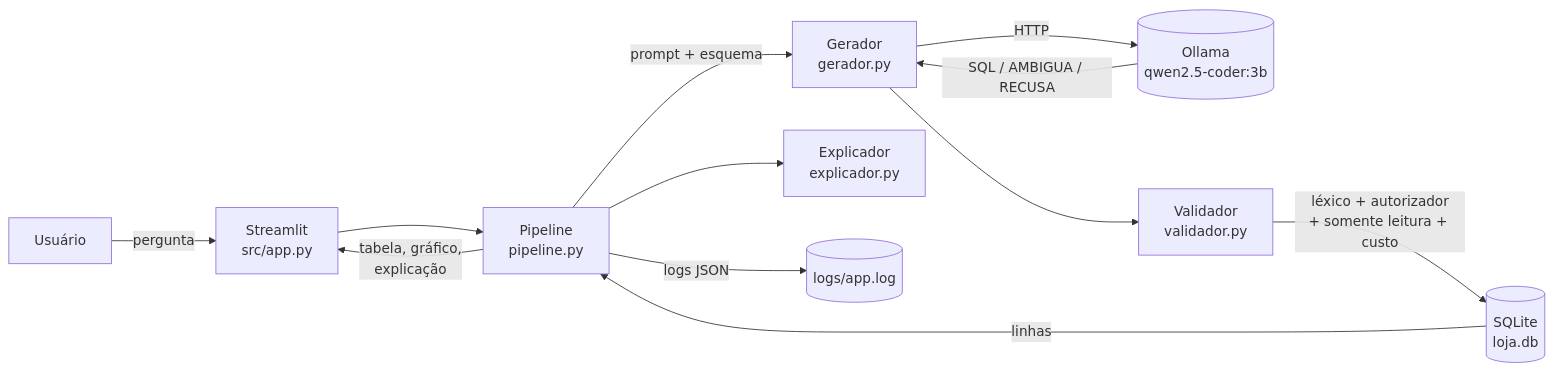
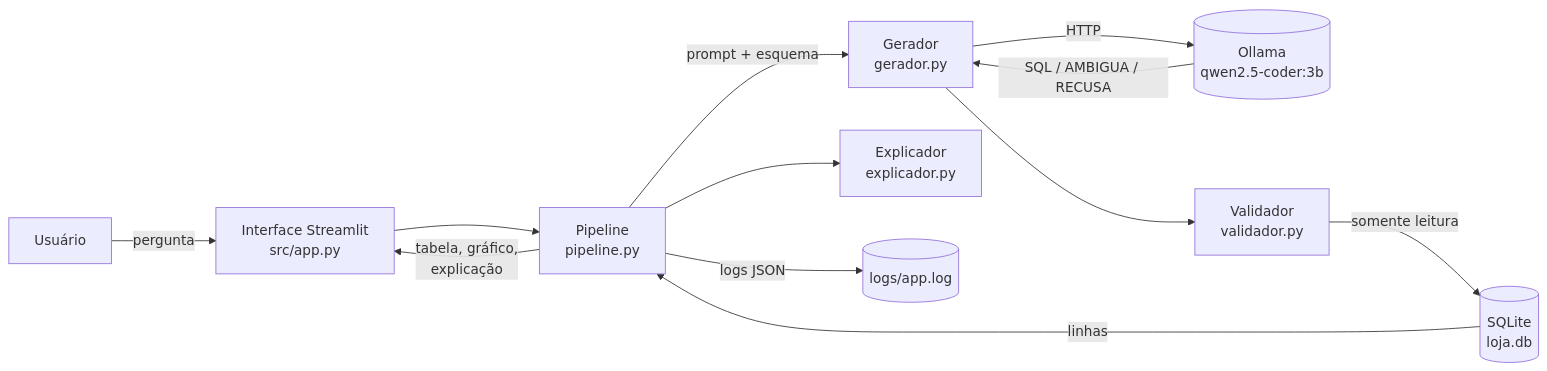
Before and after one commit to DanielCarvalho123/text2sql-seguro: the diagram in README.md, drawn with Mermaid. The commit also changed other lines of this file, not shown here.

````diff
--- a/README.md
+++ b/README.md
@@ -24,14 +70,14 @@
 ```mermaid
 flowchart LR
-    U[Usuário] -->|pergunta| UI[Streamlit<br/>src/app.py]
+    U[Usuário] -->|pergunta| UI[Interface Streamlit<br/>src/app.py]
     UI --> P[Pipeline<br/>pipeline.py]
     P -->|prompt + esquema| G[Gerador<br/>gerador.py]
     G -->|HTTP| O[(Ollama<br/>qwen2.5-coder:3b)]
     O -->|SQL / AMBIGUA / RECUSA| G
     G --> V[Validador<br/>validador.py]
-    V -->|léxico + autorizador<br/>+ somente leitura + custo| DB[(SQLite<br/>loja.db)]
+    V -->|somente leitura| DB[(SQLite<br/>loja.db)]
     DB -->|linhas| P
     P --> E[Explicador<br/>explicador.py]
     P -->|logs JSON| L[(logs/app.log)]
     P -->|tabela, gráfico,<br/>explicação| UI
 ```
````
